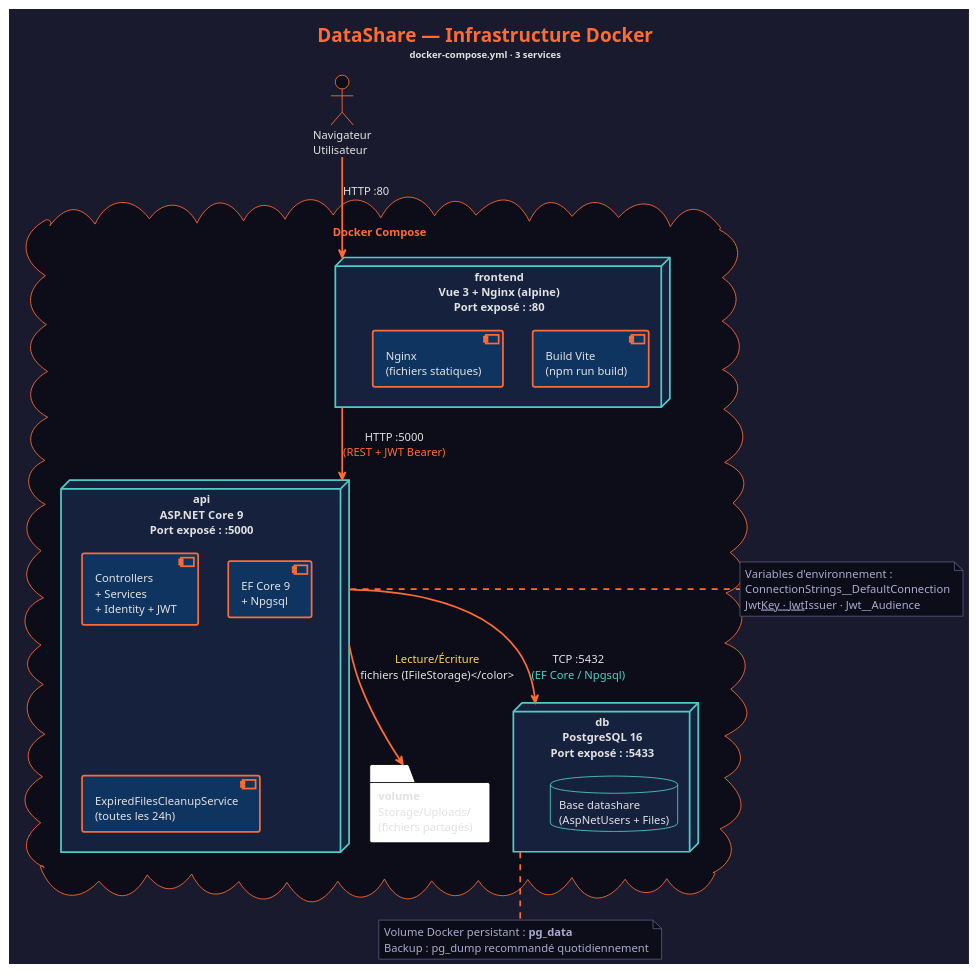
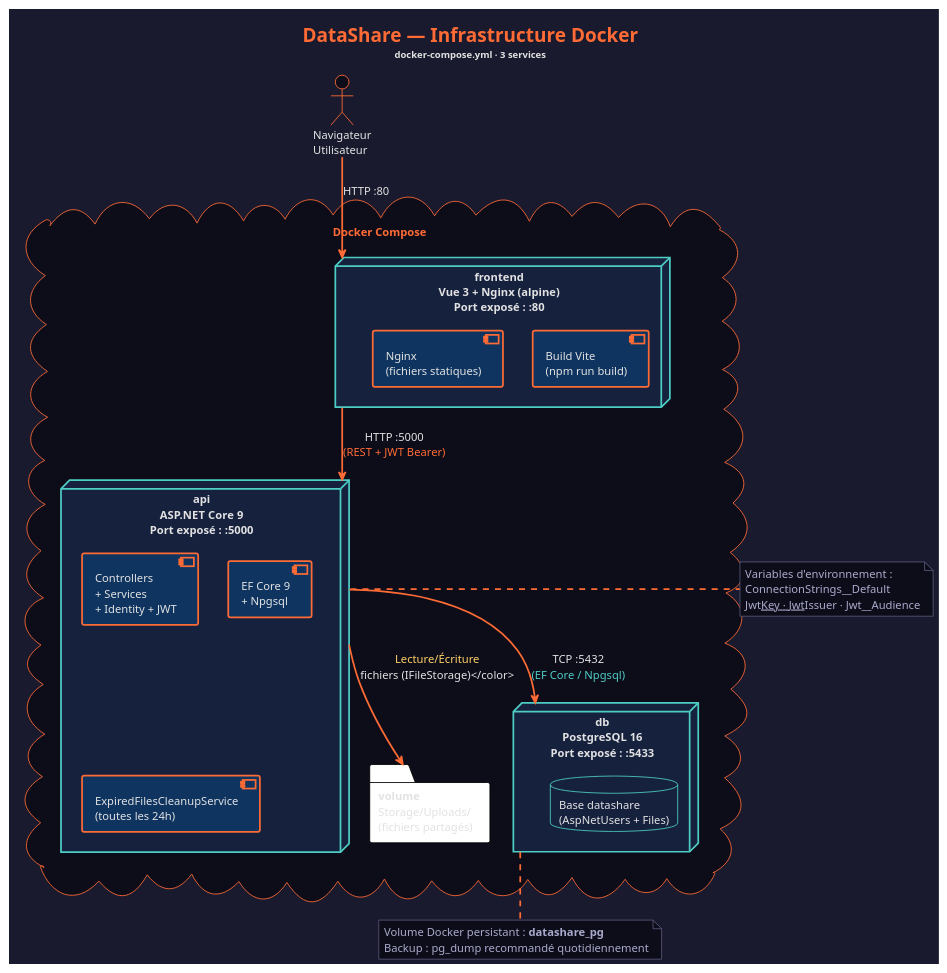
The diagram in docs/diagrams/infrastructure_docker.puml (GadZouil/OC-P4-DataShare), drawn with PlantUML before and after one commit. The commit also changed 2 other files, not shown here.

Commit message:
docs: update technical documentation and docker infrastructure diagram

```diff
--- a/docs/diagrams/infrastructure_docker.puml
+++ b/docs/diagrams/infrastructure_docker.puml
@@ -1,88 +1,88 @@
 @startuml infrastructure_docker
 !theme plain
 
 skinparam backgroundColor #1a1a2e
 skinparam defaultFontColor #e2e2e2
 skinparam defaultFontSize 13
 skinparam defaultFontName "Segoe UI"
 skinparam ArrowThickness 2
 skinparam arrowColor #FF6B35
 
 skinparam node {
     BackgroundColor #16213e
     BorderColor #4ECDC4
     FontColor #e2e2e2
     BorderThickness 2
 }
 
 skinparam component {
     BackgroundColor #0f3460
     BorderColor #FF6B35
     FontColor #e2e2e2
     BorderThickness 2
 }
 
 skinparam cloud {
     BackgroundColor #0d0d1a
     BorderColor #FF6B35
     FontColor #FF6B35
 }
 
 skinparam database {
     BackgroundColor #16213e
     BorderColor #4ECDC4
     FontColor #e2e2e2
 }
 
 skinparam actor {
     BackgroundColor #0d0d1a
     BorderColor #FF6B35
     FontColor #e2e2e2
 }
 
 skinparam note {
     BackgroundColor #0d0d1a
     BorderColor #555577
     FontColor #aaaacc
 }
 
 title <color:#FF6B35><b>DataShare — Infrastructure Docker</b></color>\n<size:11>docker-compose.yml · 3 services</size>
 
 actor "Navigateur\nUtilisateur" as USER
 
 cloud "Docker Compose" {
     node "**frontend**\nVue 3 + Nginx (alpine)\nPort exposé : <b>:80</b>" as FE {
         component "Build Vite\n(npm run build)" as VITE
         component "Nginx\n(fichiers statiques)" as NGINX
     }
 
     node "**api**\nASP.NET Core 9\nPort exposé : <b>:5000</b>" as API {
         component "Controllers\n+ Services\n+ Identity + JWT" as CTRL
         component "EF Core 9\n+ Npgsql" as EF
         component "ExpiredFilesCleanupService\n(toutes les 24h)" as CLEANUP
     }
 
     node "**db**\nPostgreSQL 16\nPort exposé : <b>:5433</b>" as DB {
         database "Base datashare\n(AspNetUsers + Files)" as PG
     }
 
     folder "**volume**\nStorage/Uploads/\n(fichiers partagés)" as VOL
 }
 
 USER --> FE : HTTP :80
 FE --> API : HTTP :5000\n<color:#FF6B35>(REST + JWT Bearer)</color>
 API --> DB : TCP :5432\n<color:#4ECDC4>(EF Core / Npgsql)</color>
 API --> VOL : <color:#FFD166>Lecture/Écriture\nfichiers (IFileStorage)</color>
 
 note bottom of DB
-  Volume Docker persistant : <b>pg_data</b>
+  Volume Docker persistant : <b>datashare_pg</b>
   Backup : pg_dump recommandé quotidiennement
 end note
 
 note right of API
   Variables d'environnement :
-  ConnectionStrings__DefaultConnection
+  ConnectionStrings__Default
   Jwt__Key · Jwt__Issuer · Jwt__Audience
 end note
 
 @enduml
```
